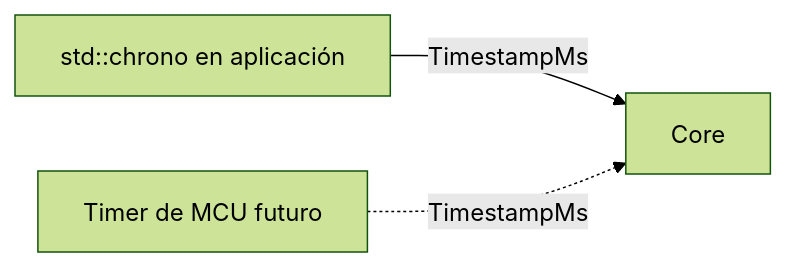
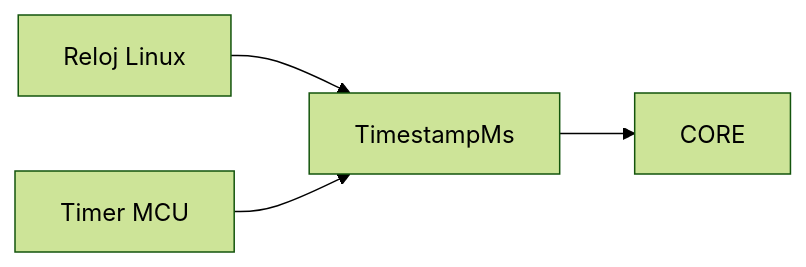
The fourth of 5 diagrams in docs/ARCHITECTURE.md (jccp33/myECU), drawn with Mermaid (forest theme) before and after one commit. The commit also changed other lines of this file and 17 other files, not shown here.

````diff
--- a/docs/ARCHITECTURE.md
+++ b/docs/ARCHITECTURE.md
@@ -70,5 +229,12 @@
 ```mermaid
 flowchart LR
-    LinuxClock[std::chrono en aplicación] -->|TimestampMs| Core
-    FutureTimer[Timer de MCU futuro] -.->|TimestampMs| Core
+
+    LinuxClock[Reloj Linux]
+    McuTimer[Timer MCU]
+    Timestamp[TimestampMs]
+    Core[CORE]
+
+    LinuxClock --> Timestamp
+    McuTimer --> Timestamp
+    Timestamp --> Core
 ```
````
